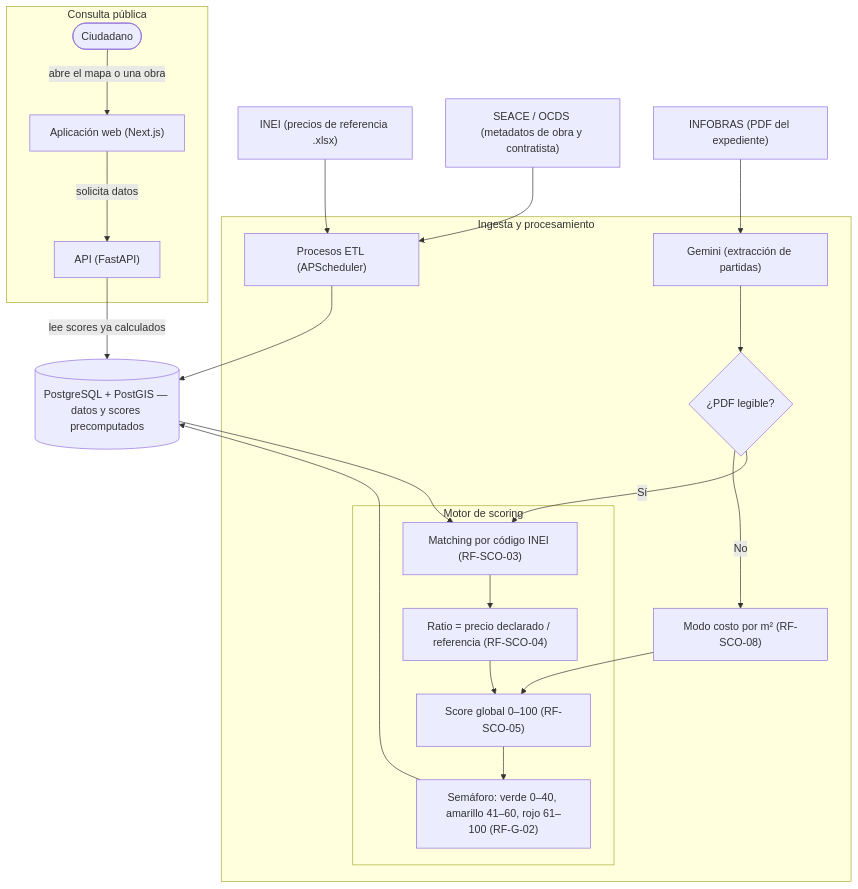
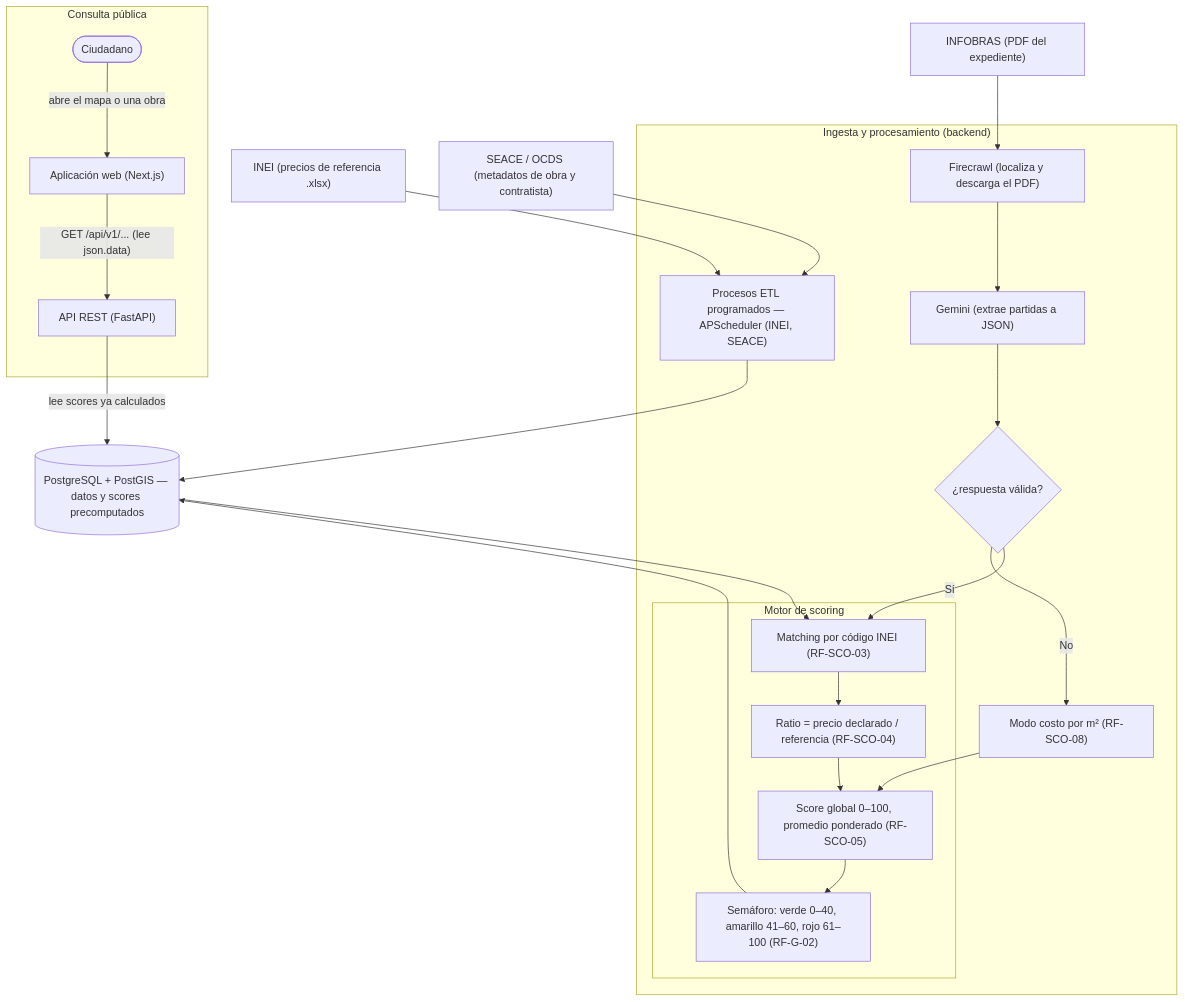
The diagram in documentacion/2/2.flujo-datos.md (Bluethem/pucp-reto), drawn with Mermaid before and after one commit. The commit also changed other lines of this file, not shown here.

Commit message:
actualizando flujo de datos

````diff
--- a/documentacion/2/2.flujo-datos.md
+++ b/documentacion/2/2.flujo-datos.md
@@ -13,43 +13,44 @@
 ```mermaid
 flowchart TD
     %% Fuentes externas
     INEI["INEI (precios de referencia .xlsx)"]
     SEACE["SEACE / OCDS (metadatos de obra y contratista)"]
     INFOBRAS["INFOBRAS (PDF del expediente)"]
 
-    %% Ingesta y procesamiento
-    subgraph Ingesta["Ingesta y procesamiento"]
-        ETL["Procesos ETL (APScheduler)"]
-        GEM["Gemini (extracción de partidas)"]
-        VAL{"¿PDF legible?"}
+    %% Ingesta y procesamiento (backend)
+    subgraph Ingesta["Ingesta y procesamiento (backend)"]
+        ETL["Procesos ETL programados — APScheduler (INEI, SEACE)"]
+        FIRE["Firecrawl (localiza y descarga el PDF)"]
+        GEM["Gemini (extrae partidas a JSON)"]
+        VAL{"¿respuesta válida?"}
         FB["Modo costo por m² (RF-SCO-08)"]
         subgraph Scoring["Motor de scoring"]
             MATCH["Matching por código INEI (RF-SCO-03)"]
             RATIO["Ratio = precio declarado / referencia (RF-SCO-04)"]
-            GLOBAL["Score global 0–100 (RF-SCO-05)"]
+            GLOBAL["Score global 0–100, promedio ponderado (RF-SCO-05)"]
             SEM["Semáforo: verde 0–40, amarillo 41–60, rojo 61–100 (RF-G-02)"]
             MATCH --> RATIO --> GLOBAL --> SEM
         end
     end
 
     BD[("PostgreSQL + PostGIS — datos y scores precomputados")]
 
     %% Consulta pública
     subgraph Consulta["Consulta pública"]
         CIU(["Ciudadano"])
         WEB["Aplicación web (Next.js)"]
-        API["API (FastAPI)"]
+        API["API REST (FastAPI)"]
     end
 
     INEI --> ETL --> BD
     SEACE --> ETL
-    INFOBRAS --> GEM --> VAL
+    INFOBRAS --> FIRE --> GEM --> VAL
     VAL -- "Sí" --> MATCH
     VAL -- "No" --> FB --> GLOBAL
     BD --> MATCH
     SEM --> BD
 
     CIU -- "abre el mapa o una obra" --> WEB
-    WEB -- "solicita datos" --> API
+    WEB -- "GET /api/v1/... (lee json.data)" --> API
     API -- "lee scores ya calculados" --> BD
 ```
````
